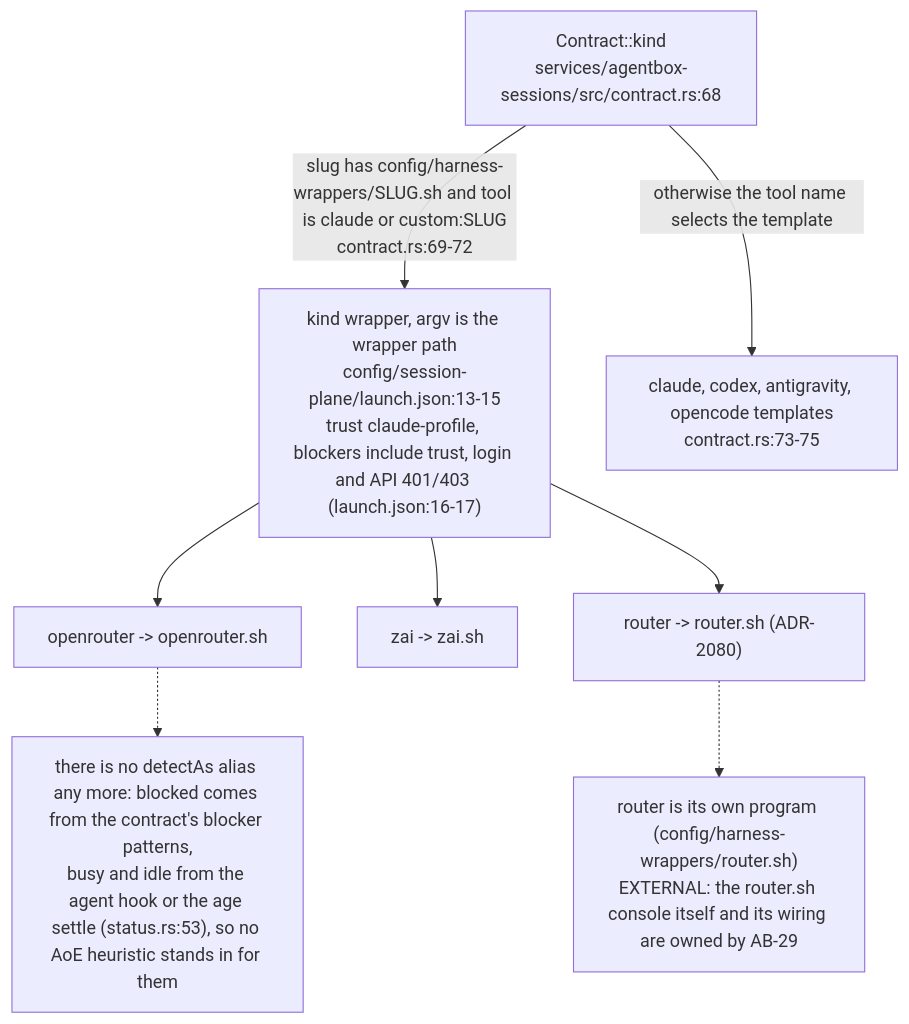
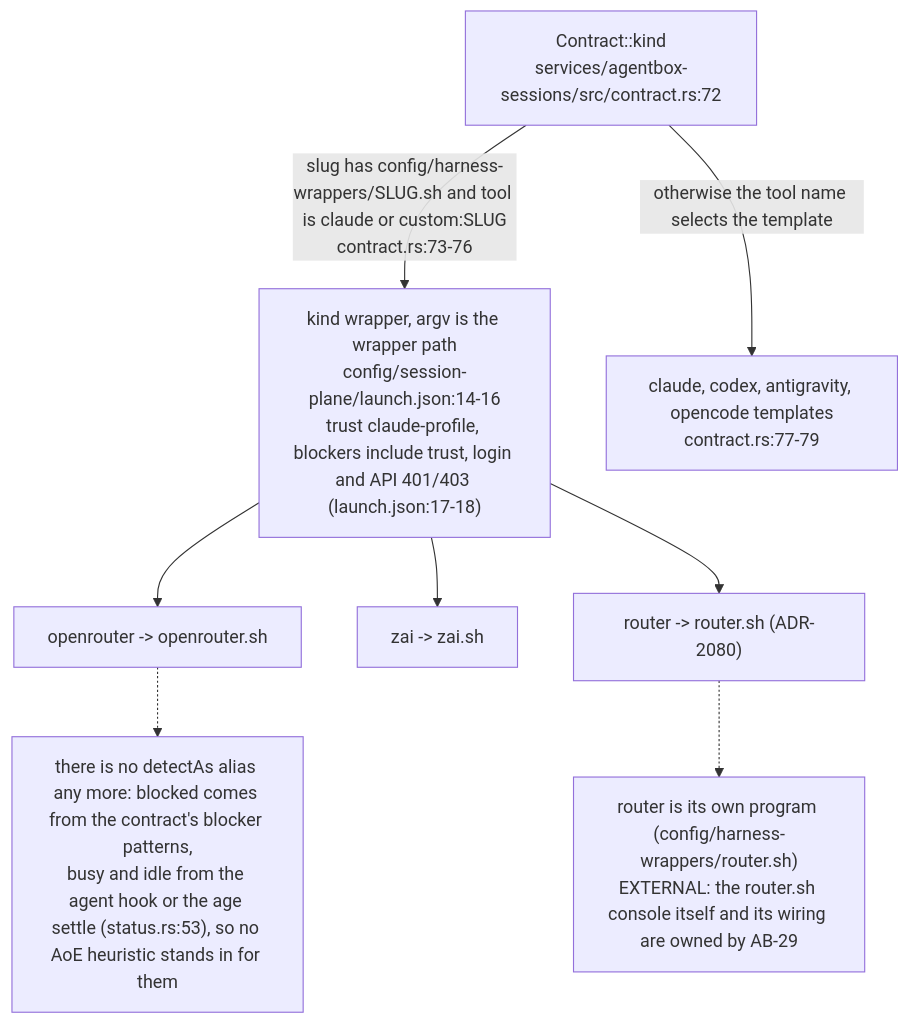
Before and after one commit to DreamLab-AI/VisionFlow: diagram 18 of 21 in docs/diagrams/agentbox/02-boot-sequence-and-readiness.md, drawn with Mermaid. The commit also changed other lines of this file and 6 other files, not shown here.

First line of the commit message:
docs: align native session and ingress diagrams (#39)

````diff
--- a/docs/diagrams/agentbox/02-boot-sequence-and-readiness.md
+++ b/docs/diagrams/agentbox/02-boot-sequence-and-readiness.md
@@ -740,11 +745,11 @@
 ```mermaid
 flowchart TB
-    K["Contract::kind<br/>services/agentbox-sessions/src/contract.rs:68"]
-    K -->|"slug has config/harness-wrappers/SLUG.sh and tool is claude or custom:SLUG<br/>contract.rs:69-72"| W["kind wrapper, argv is the wrapper path<br/>config/session-plane/launch.json:13-15<br/>trust claude-profile, blockers include trust, login and API 401/403 (launch.json:16-17)"]
-    K -->|"otherwise the tool name selects the template"| T["claude, codex, antigravity, opencode templates<br/>contract.rs:73-75"]
+    K["Contract::kind<br/>services/agentbox-sessions/src/contract.rs:72"]
+    K -->|"slug has config/harness-wrappers/SLUG.sh and tool is claude or custom:SLUG<br/>contract.rs:73-76"| W["kind wrapper, argv is the wrapper path<br/>config/session-plane/launch.json:14-16<br/>trust claude-profile, blockers include trust, login and API 401/403 (launch.json:17-18)"]
+    K -->|"otherwise the tool name selects the template"| T["claude, codex, antigravity, opencode templates<br/>contract.rs:77-79"]
     W --> OR["openrouter -&gt; openrouter.sh"]
     W --> ZA["zai -&gt; zai.sh"]
     W --> RO["router -&gt; router.sh (ADR-2080)"]
     OR -.-> NOTE1["there is no detectAs alias any more: blocked comes from the contract's blocker patterns,<br/>busy and idle from the agent hook or the age settle (status.rs:53), so no AoE heuristic stands in for them"]
     RO -.-> NOTE2["router is its own program (config/harness-wrappers/router.sh)<br/>EXTERNAL: the router.sh console itself and its wiring are owned by AB-29"]
 ```
````
